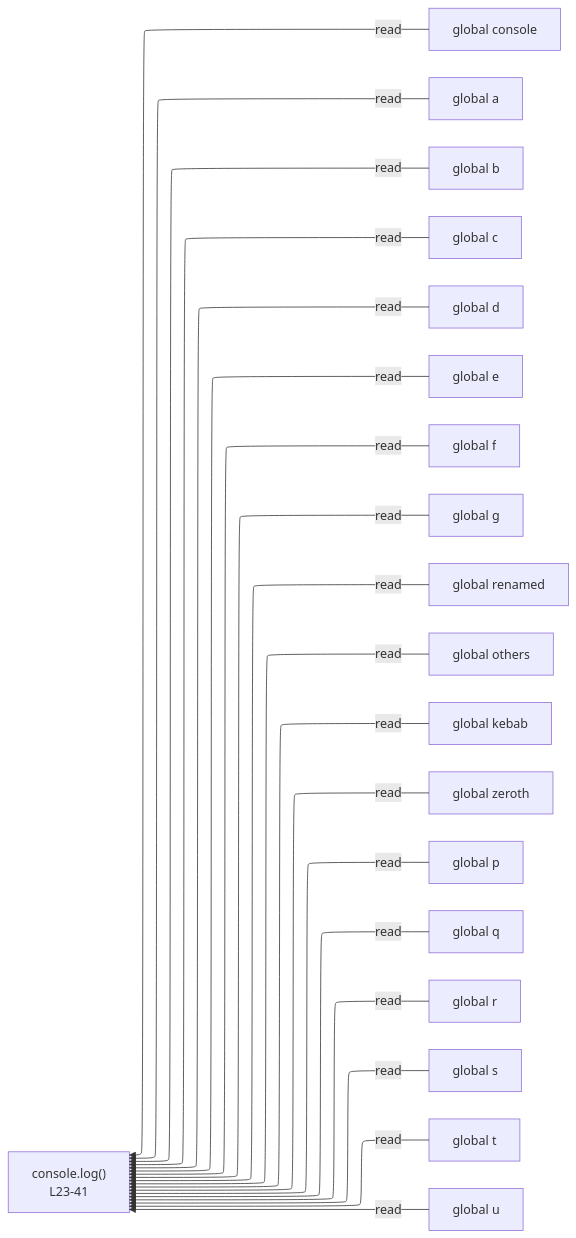
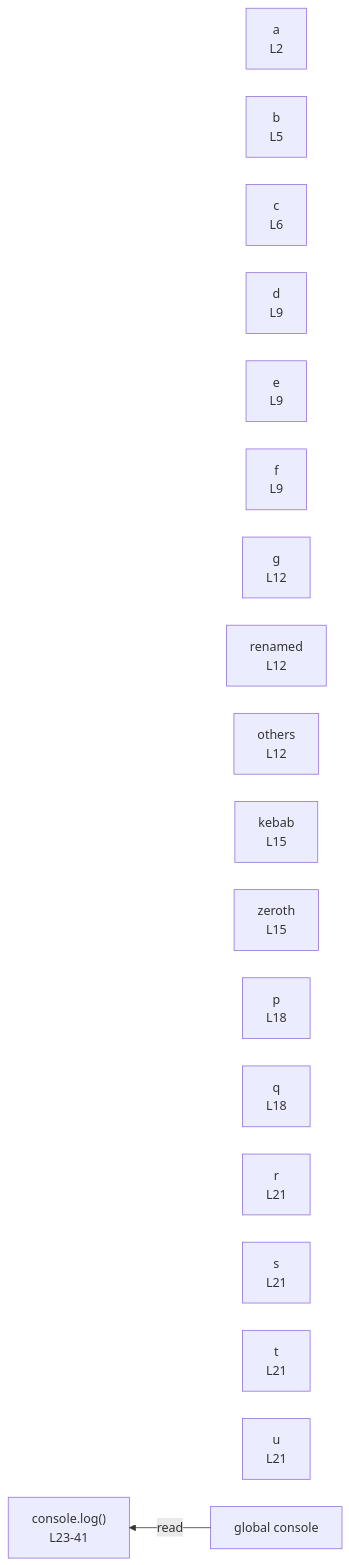
Before and after one commit to crescware/unsnarl: the diagram in integration/fixtures/declaration/var/binding-patterns/preview.md, drawn with Mermaid. The commit also changed other lines of this file and 38 other files, not shown here.

First line of the commit message:
Capture var declarations in IR while keeping them out of graph edges

````diff
--- a/integration/fixtures/declaration/var/binding-patterns/preview.md
+++ b/integration/fixtures/declaration/var/binding-patterns/preview.md
@@ -51,41 +63,24 @@
 ```mermaid
 %%{init: {"flowchart": {"defaultRenderer": "elk"}}}%%
 flowchart RL
+  n_scope_0_a_13["a<br/>L2"]
+  n_scope_0_b_49["b<br/>L5"]
+  n_scope_0_c_58["c<br/>L6"]
+  n_scope_0_d_112["d<br/>L9"]
+  n_scope_0_e_123["e<br/>L9"]
+  n_scope_0_f_129["f<br/>L9"]
+  n_scope_0_g_201["g<br/>L12"]
+  n_scope_0_renamed_207["renamed<br/>L12"]
+  n_scope_0_others_225["others<br/>L12"]
+  n_scope_0_kebab_319["kebab<br/>L15"]
+  n_scope_0_zeroth_329["zeroth<br/>L15"]
+  n_scope_0_p_427["p<br/>L18"]
+  n_scope_0_q_434["q<br/>L18"]
+  n_scope_0_r_508["r<br/>L21"]
+  n_scope_0_s_511["s<br/>L21"]
+  n_scope_0_t_521["t<br/>L21"]
+  n_scope_0_u_524["u<br/>L21"]
   n_scope_0_console_557["global console"]
-  n_scope_0_a_572["global a"]
-  n_scope_0_b_577["global b"]
-  n_scope_0_c_582["global c"]
-  n_scope_0_d_587["global d"]
-  n_scope_0_e_592["global e"]
-  n_scope_0_f_597["global f"]
-  n_scope_0_g_602["global g"]
-  n_scope_0_renamed_607["global renamed"]
-  n_scope_0_others_618["global others"]
-  n_scope_0_kebab_628["global kebab"]
-  n_scope_0_zeroth_637["global zeroth"]
-  n_scope_0_p_647["global p"]
-  n_scope_0_q_652["global q"]
-  n_scope_0_r_657["global r"]
-  n_scope_0_s_662["global s"]
-  n_scope_0_t_667["global t"]
-  n_scope_0_u_672["global u"]
   n_scope_0_console_557 -->|read| expr_stmt_557
-  n_scope_0_a_572 -->|read| expr_stmt_557
-  n_scope_0_b_577 -->|read| expr_stmt_557
-  n_scope_0_c_582 -->|read| expr_stmt_557
-  n_scope_0_d_587 -->|read| expr_stmt_557
-  n_scope_0_e_592 -->|read| expr_stmt_557
-  n_scope_0_f_597 -->|read| expr_stmt_557
-  n_scope_0_g_602 -->|read| expr_stmt_557
-  n_scope_0_renamed_607 -->|read| expr_stmt_557
-  n_scope_0_others_618 -->|read| expr_stmt_557
-  n_scope_0_kebab_628 -->|read| expr_stmt_557
-  n_scope_0_zeroth_637 -->|read| expr_stmt_557
-  n_scope_0_p_647 -->|read| expr_stmt_557
-  n_scope_0_q_652 -->|read| expr_stmt_557
-  n_scope_0_r_657 -->|read| expr_stmt_557
-  n_scope_0_s_662 -->|read| expr_stmt_557
-  n_scope_0_t_667 -->|read| expr_stmt_557
-  n_scope_0_u_672 -->|read| expr_stmt_557
   expr_stmt_557["console.log()<br/>L23-41"]
 ```
````
